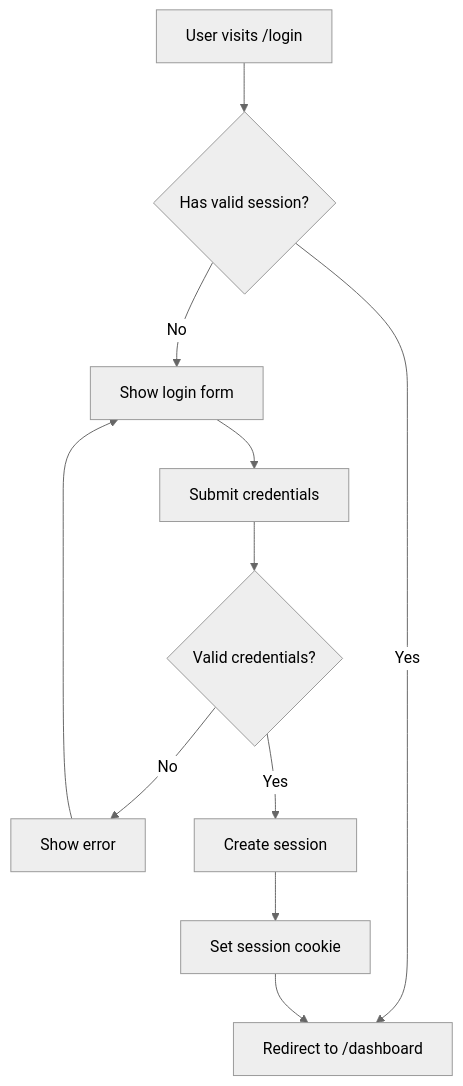
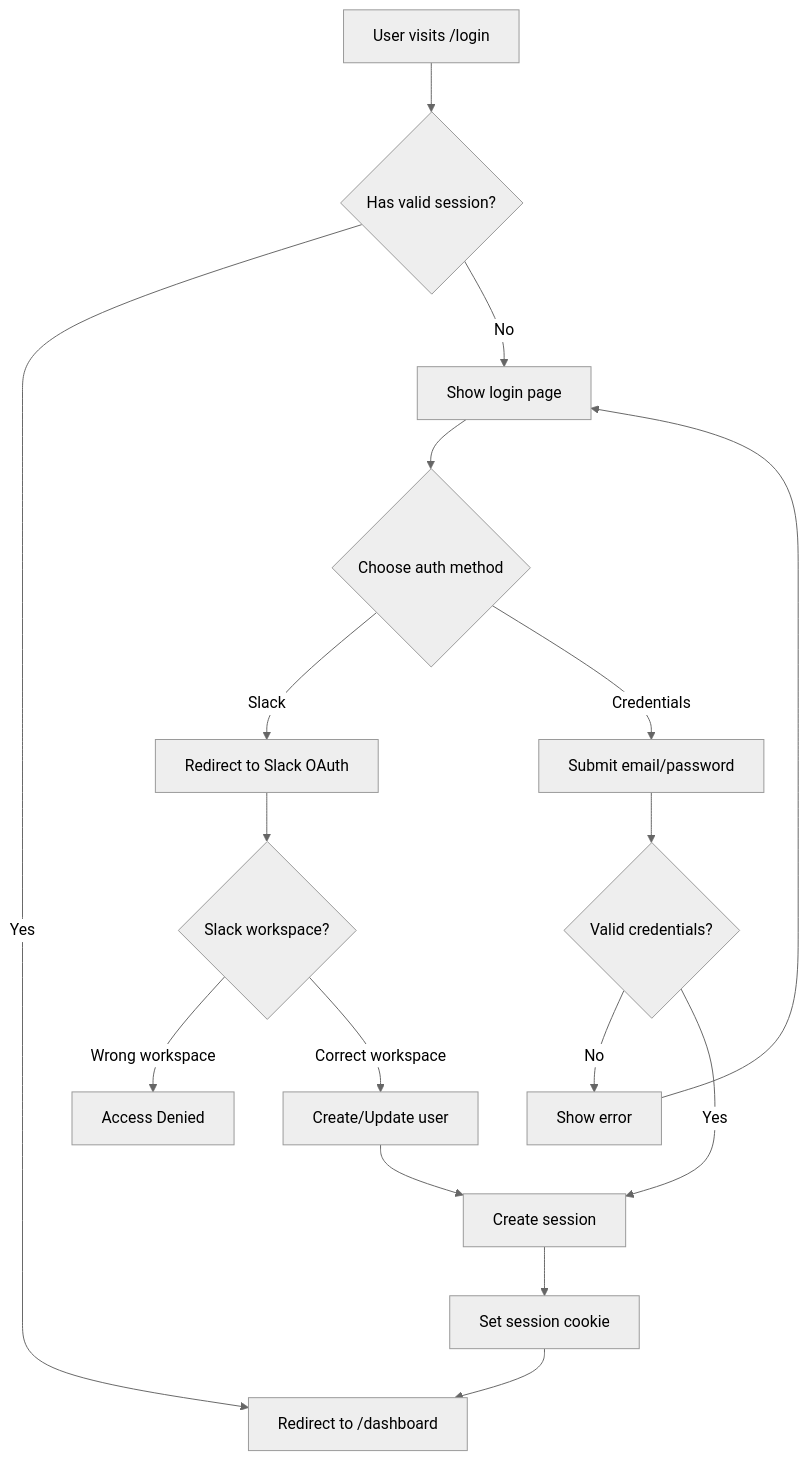
The fifth of 8 diagrams in docs/TECHNICAL_DOCUMENTATION.md (fandap42/uctenky-app), drawn with Mermaid (neutral theme) before and after one commit. The commit also changed other lines of this file and 3 other files, not shown here.

````diff
--- a/docs/TECHNICAL_DOCUMENTATION.md
+++ b/docs/TECHNICAL_DOCUMENTATION.md
@@ -253,13 +300,19 @@
 ```mermaid
 flowchart TD
     A[User visits /login] --> B{Has valid session?}
     B -->|Yes| C[Redirect to /dashboard]
-    B -->|No| D[Show login form]
-    D --> E[Submit credentials]
-    E --> F{Valid credentials?}
-    F -->|No| G[Show error]
-    G --> D
-    F -->|Yes| H[Create session]
-    H --> I[Set session cookie]
-    I --> C
+    B -->|No| D[Show login page]
+    D --> E{Choose auth method}
+    E -->|Slack| F[Redirect to Slack OAuth]
+    F --> G{Slack workspace?}
+    G -->|Wrong workspace| H[Access Denied]
+    G -->|Correct workspace| I[Create/Update user]
+    I --> J[Create session]
+    E -->|Credentials| K[Submit email/password]
+    K --> L{Valid credentials?}
+    L -->|No| M[Show error]
+    M --> D
+    L -->|Yes| J
+    J --> N[Set session cookie]
+    N --> C
 ```
````
